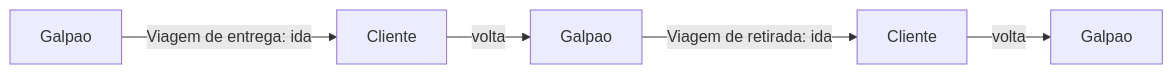
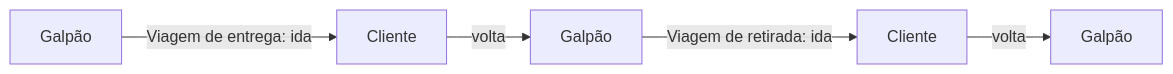
The first of 2 diagrams in configuracoes/motor-de-frete.md (LocFlowTeam/locflow-docs), drawn with Mermaid before and after one commit. The commit also changed other lines of this file and 26 other files, not shown here.

````diff
--- a/configuracoes/motor-de-frete.md
+++ b/configuracoes/motor-de-frete.md
@@ -44,7 +48,7 @@
 ```mermaid
 flowchart LR
-    G1[Galpao] -->|Viagem de entrega: ida| C1[Cliente]
-    C1 -->|volta| G2[Galpao]
+    G1[Galpão] -->|Viagem de entrega: ida| C1[Cliente]
+    C1 -->|volta| G2[Galpão]
     G2 -->|Viagem de retirada: ida| C2[Cliente]
-    C2 -->|volta| G3[Galpao]
+    C2 -->|volta| G3[Galpão]
 ```
````
